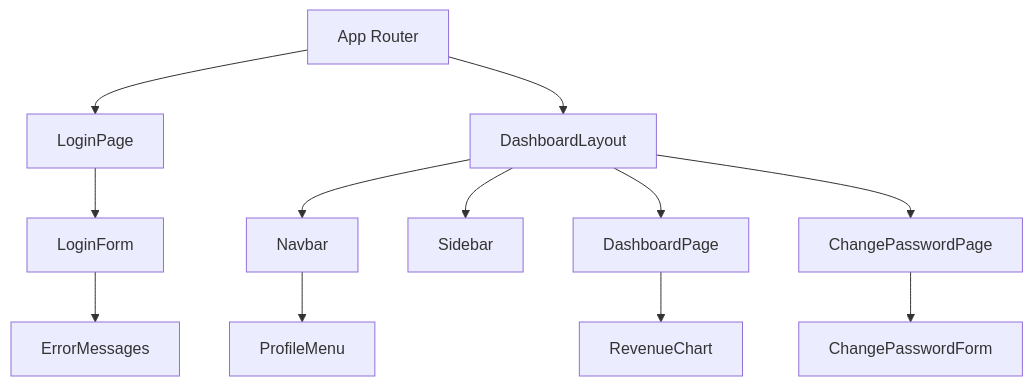
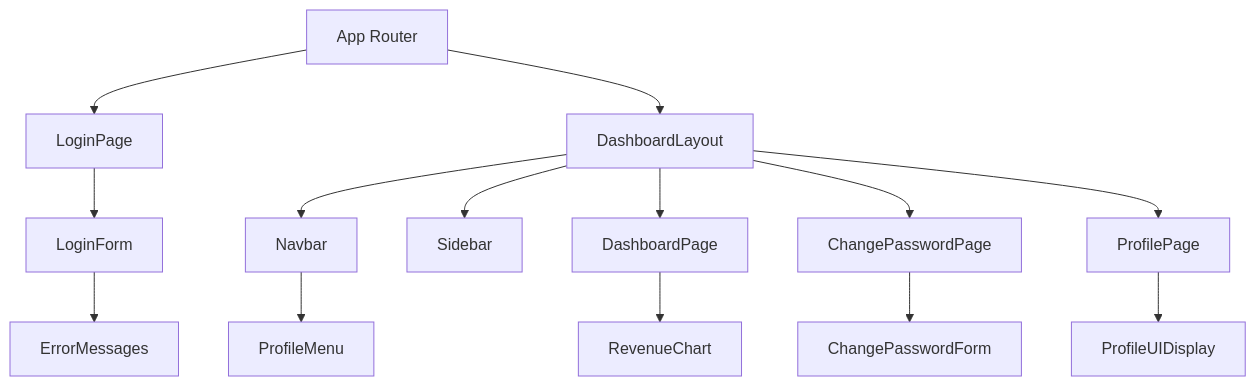
Before and after one commit to tuyennv38/gsm-cms: the diagram in docs/architecture/system-design.md, drawn with Mermaid. The commit also changed other lines of this file and 1 other file, not shown here.

First line of the commit message:
docs: add Pre-Sprint documents for profile page

````diff
--- a/docs/architecture/system-design.md
+++ b/docs/architecture/system-design.md
@@ -31,18 +32,21 @@
 ```mermaid
 graph TD
   A[App Router] --> L[LoginPage]
   A --> D[DashboardLayout]
   
   L --> LF[LoginForm]
   LF --> EM[ErrorMessages]
 
   D --> N[Navbar]
   N --> PM[ProfileMenu]
   D --> S[Sidebar]
   
   D --> DP[DashboardPage]
   DP --> C[RevenueChart]
 
   D --> CP[ChangePasswordPage]
   CP --> CPF[ChangePasswordForm]
+
+  D --> PP[ProfilePage]
+  PP --> PUI[ProfileUIDisplay]
 ```
````
